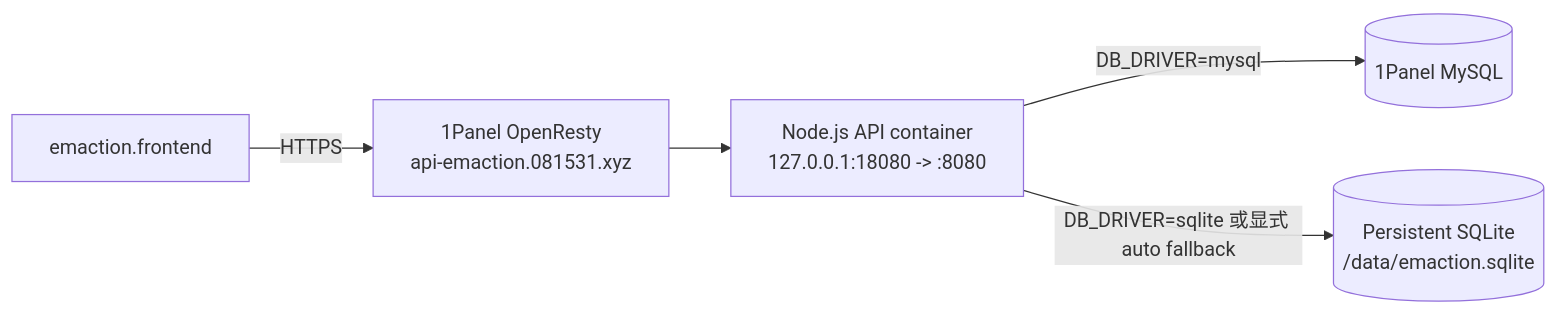
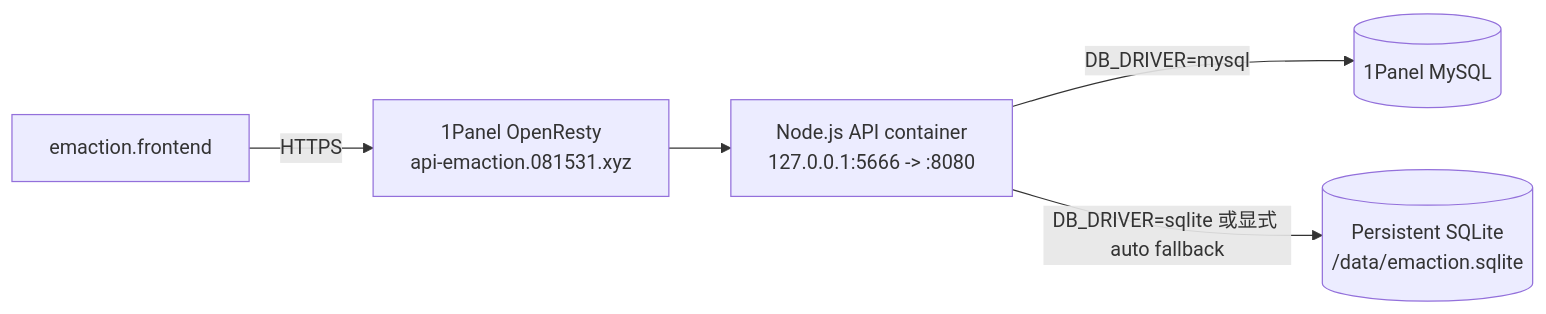
One commit to kmoretti/emaction.backend changed the diagram in docs/code-wiki/project-understanding.md. Above: the diagram before and after it, drawn with Mermaid. The commit also changed other lines of this file and 5 other files, not shown here.

````diff
--- a/docs/code-wiki/project-understanding.md
+++ b/docs/code-wiki/project-understanding.md
@@ -35,13 +35,13 @@
 ```mermaid
 flowchart LR
     Frontend[emaction.frontend]
     Proxy[1Panel OpenResty<br/>api-emaction.081531.xyz]
-    API[Node.js API container<br/>127.0.0.1:18080 -> :8080]
+    API[Node.js API container<br/>127.0.0.1:5666 -> :8080]
     MySQL[(1Panel MySQL)]
     SQLite[(Persistent SQLite<br/>/data/emaction.sqlite)]
 
     Frontend -->|HTTPS| Proxy
     Proxy --> API
     API -->|DB_DRIVER=mysql| MySQL
     API -->|DB_DRIVER=sqlite 或显式 auto fallback| SQLite
 ```
````
